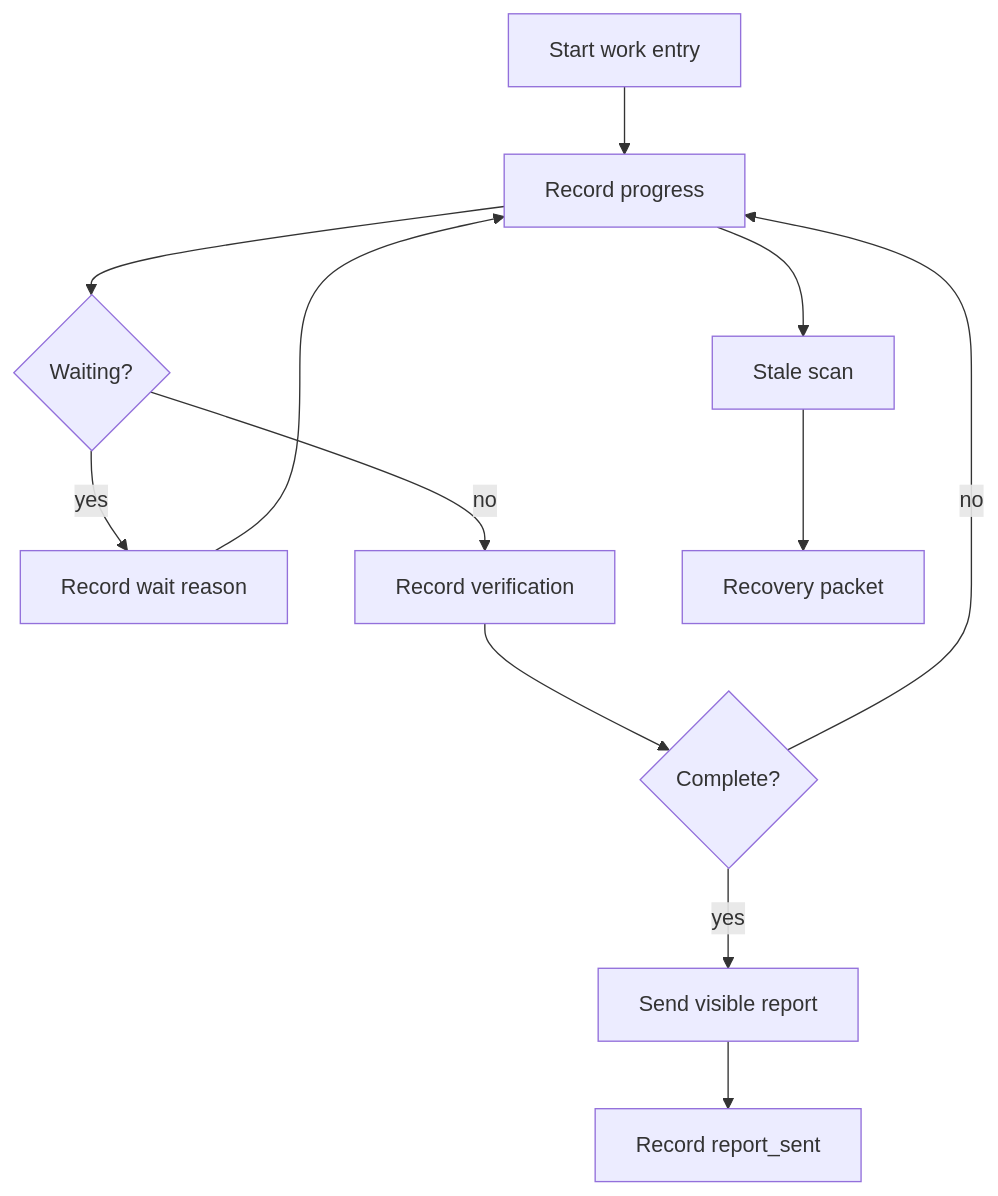
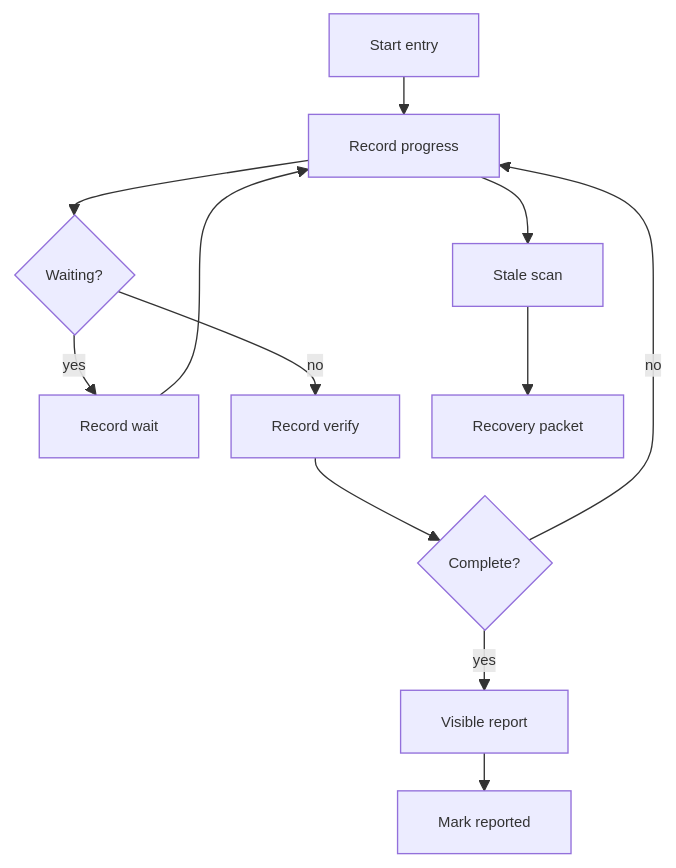
Before and after one commit to moonhwilee/openclaw-ledger: the diagram in README.md, drawn with Mermaid.

Commit message:
Tighten README flow diagram

````diff
--- a/README.md
+++ b/README.md
@@ -9,14 +9,15 @@
 ```mermaid
+%%{init: {"themeVariables": {"fontSize": "11px"}, "flowchart": {"nodeSpacing": 24, "rankSpacing": 28}} }%%
 flowchart TD
-  A[Start work entry] --> B[Record progress]
+  A[Start entry] --> B[Record progress]
   B --> C{Waiting?}
-  C -- yes --> D[Record wait reason]
-  C -- no --> E[Record verification]
+  C -- yes --> D[Record wait]
+  C -- no --> E[Record verify]
   D --> B
   E --> F{Complete?}
   F -- no --> B
-  F -- yes --> G[Send visible report]
-  G --> H[Record report_sent]
+  F -- yes --> G[Visible report]
+  G --> H[Mark reported]
   B --> I[Stale scan]
   I --> J[Recovery packet]
 ```
````
